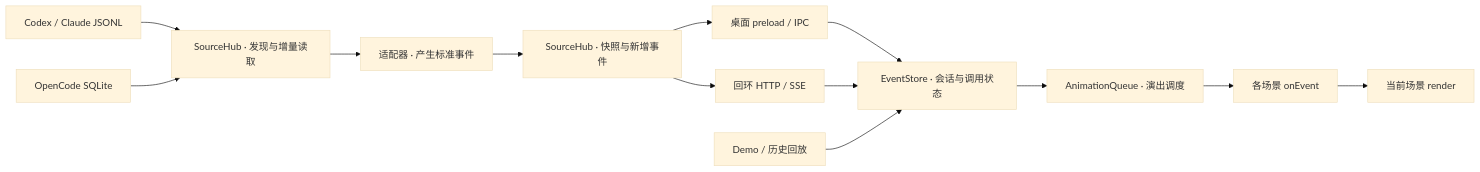
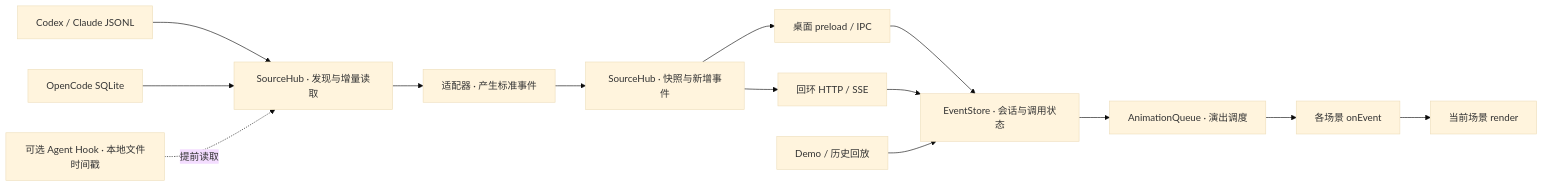
Before and after one commit to NoctisWang528/RelayAtelier: the diagram in docs/ARCHITECTURE.md, drawn with Mermaid (base theme). The commit also changed other lines of this file and 34 other files, not shown here.

Commit message:
feat: add reversible agent hook management and flywheel desktop icons

````diff
--- a/docs/ARCHITECTURE.md
+++ b/docs/ARCHITECTURE.md
@@ -5,15 +5,16 @@
 ```mermaid
 flowchart LR
   logs["Codex / Claude JSONL"] --> hub["SourceHub · 发现与增量读取"]
   db["OpenCode SQLite"] --> hub
+  hint["可选 Agent Hook · 本地文件时间戳"] -. 提前读取 .-> hub
   hub --> adapters["适配器 · 产生标准事件"]
   adapters --> buf["SourceHub · 快照与新增事件"]
   buf --> ipc["桌面 preload / IPC"]
   buf --> web["回环 HTTP / SSE"]
   ipc --> store["EventStore · 会话与调用状态"]
   web --> store
   sim["Demo / 历史回放"] --> store
   store --> queue["AnimationQueue · 演出调度"]
   queue --> scenes["各场景 onEvent"]
   scenes --> canvas["当前场景 render"]
 ```
````
